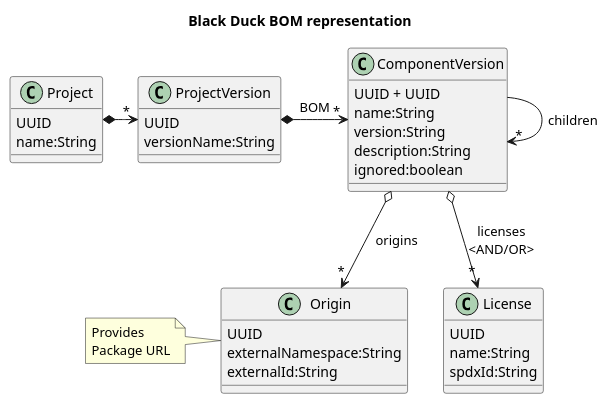
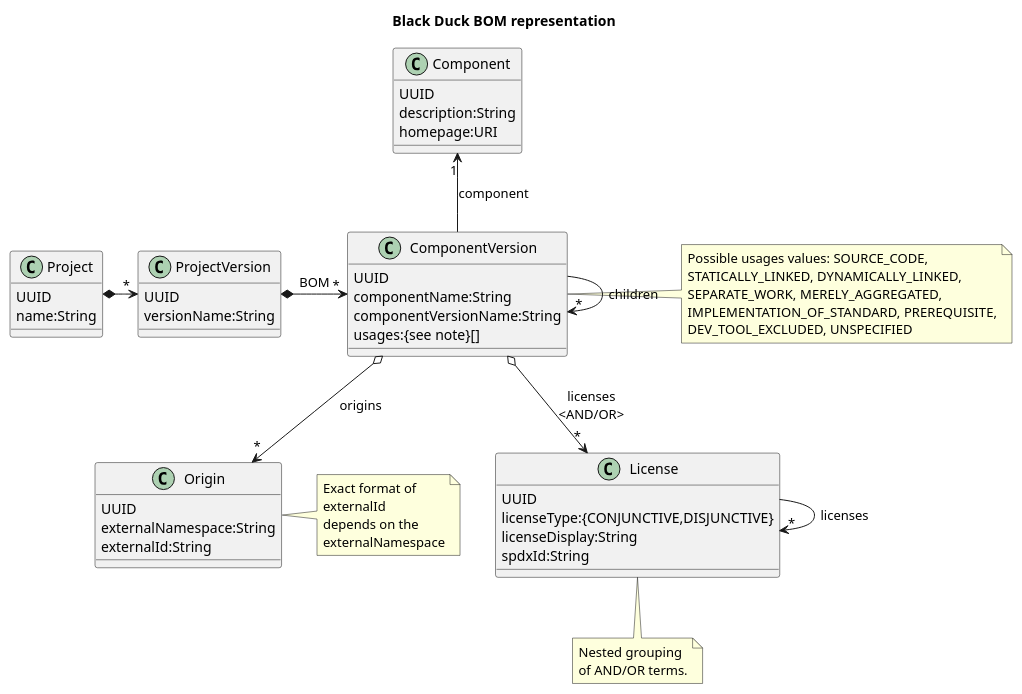
The diagram in src/main/java/com/philips/research/spdxbuilder/persistence/blackduck/blackduck.puml (philips-software/spdx-builder), drawn with PlantUML before and after one commit. The commit also changed 2 other files, not shown here.

Commit message:
Extend architecture documentation
- Update Black Duck metadata structure to match the hierarchical API
- Add minimal description of tree parser

```diff
--- a/src/main/java/com/philips/research/spdxbuilder/persistence/blackduck/blackduck.puml
+++ b/src/main/java/com/philips/research/spdxbuilder/persistence/blackduck/blackduck.puml
@@ -1,41 +1,65 @@
 @startuml
 
 title Black Duck BOM representation
 
 class License {
     UUID
-    name:String
+    licenseType:{CONJUNCTIVE,DISJUNCTIVE}
+    licenseDisplay:String
     spdxId:String
 }
+License --> "*" License: licenses
+note bottom of License
+    Nested grouping
+    of AND/OR terms.
+end note
 
 class Origin {
     UUID
     externalNamespace:String
     externalId:String
 }
-note left of Origin: Provides\nPackage URL
+note left of Origin
+    Exact format of
+    externalId
+    depends on the
+    externalNamespace
+end note
 
 class ComponentVersion {
-    UUID + UUID
-    name:String
-    version:String
-    description:String
-    ignored:boolean
+    UUID
+    componentName:String
+    componentVersionName:String
+    usages:{see note}[]
 }
 ComponentVersion o--> "*" License: licenses\n<AND/OR>
 ComponentVersion o-d-> "*" Origin: origins
 ComponentVersion --> "*" ComponentVersion: children
+note right of ComponentVersion
+    Possible usages values: SOURCE_CODE,
+    STATICALLY_LINKED, DYNAMICALLY_LINKED,
+    SEPARATE_WORK, MERELY_AGGREGATED,
+    IMPLEMENTATION_OF_STANDARD, PREREQUISITE,
+    DEV_TOOL_EXCLUDED, UNSPECIFIED
+end note
+
+class  Component {
+    UUID
+    description:String
+    homepage:URI
+}
+ComponentVersion -u-> "1" Component: component
 
 class ProjectVersion{
     UUID
     versionName:String
 }
 ProjectVersion *-> "*" ComponentVersion: BOM
 
 class Project {
     UUID
     name:String
 }
 Project *-> "*" ProjectVersion
 
 @enduml
```
